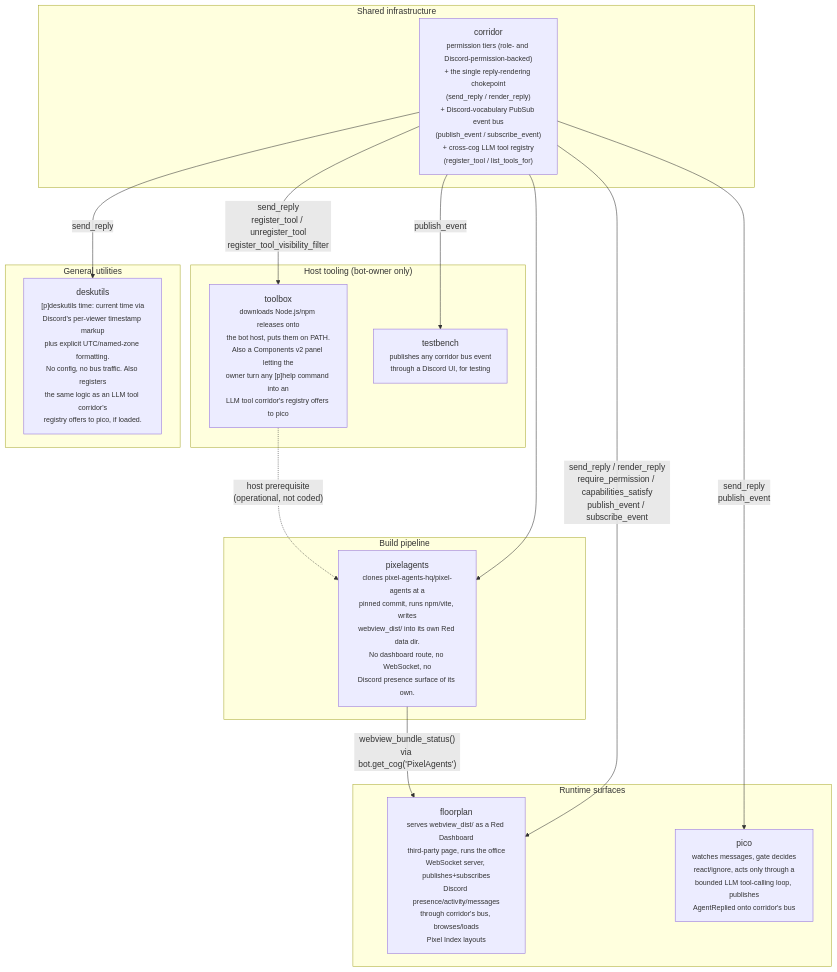
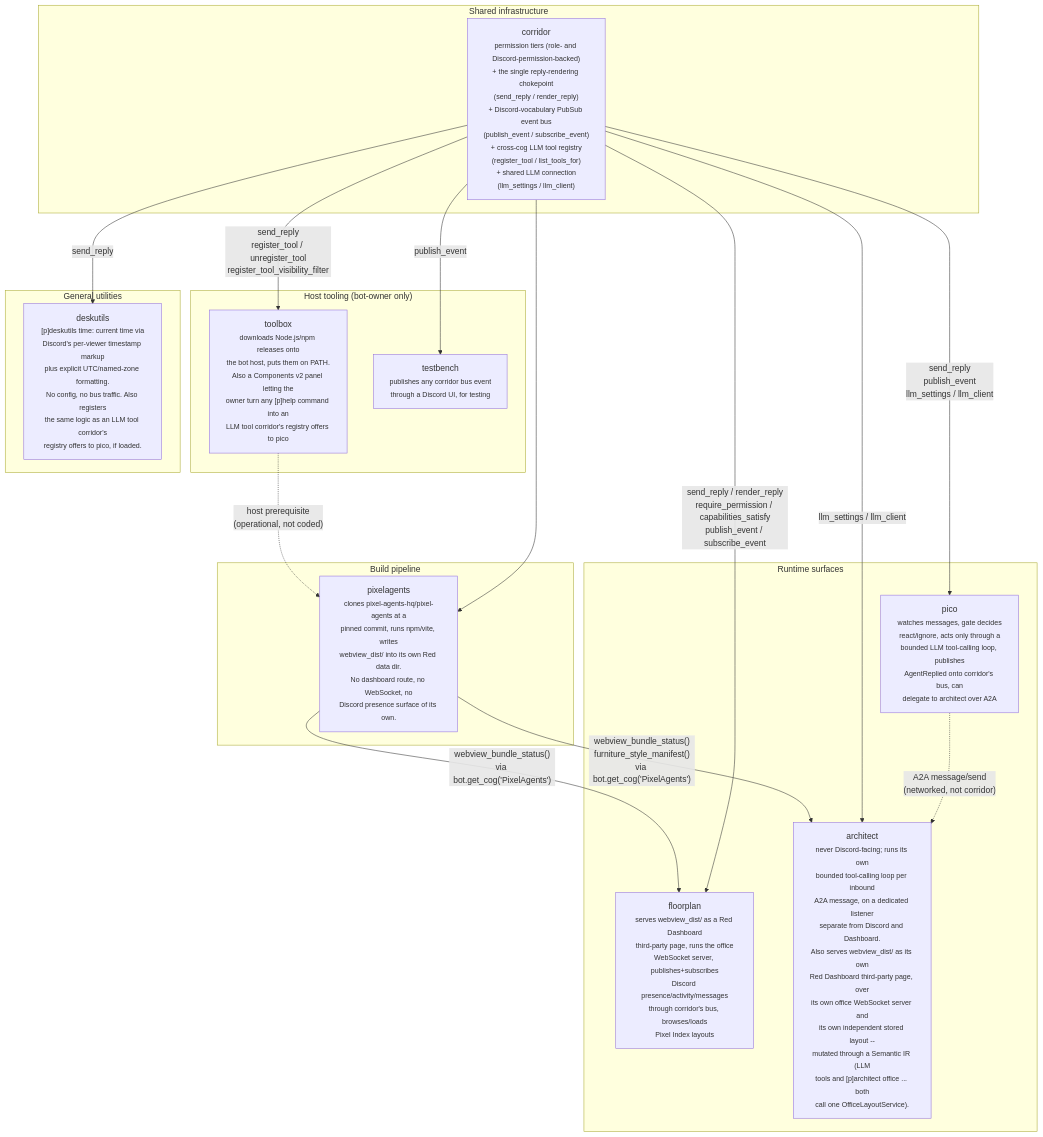
The second of 8 diagrams in docs/architecture.md (pixel-agents-hq/pixel-agents-cogs), drawn with Mermaid before and after one commit. The commit also changed other lines of this file and 106 other files, not shown here.

First line of the commit message:
feat(architect): add A2A-reachable architect cog with lossless office layout editing

````diff
--- a/docs/architecture.md
+++ b/docs/architecture.md
@@ -79,33 +99,37 @@
 ```mermaid
 flowchart TB
     subgraph shared["Shared infrastructure"]
-        corridor["corridor<br/><small>permission tiers (role- and Discord-permission-backed)<br/>+ the single reply-rendering chokepoint<br/>(send_reply / render_reply)<br/>+ Discord-vocabulary PubSub event bus<br/>(publish_event / subscribe_event)<br/>+ cross-cog LLM tool registry<br/>(register_tool / list_tools_for)</small>"]
+        corridor["corridor<br/><small>permission tiers (role- and Discord-permission-backed)<br/>+ the single reply-rendering chokepoint<br/>(send_reply / render_reply)<br/>+ Discord-vocabulary PubSub event bus<br/>(publish_event / subscribe_event)<br/>+ cross-cog LLM tool registry<br/>(register_tool / list_tools_for)<br/>+ shared LLM connection<br/>(llm_settings / llm_client)</small>"]
     end
 
     subgraph host["Host tooling (bot-owner only)"]
         toolbox["toolbox<br/><small>downloads Node.js/npm releases onto<br/>the bot host, puts them on PATH.<br/>Also a Components v2 panel letting the<br/>owner turn any [p]help command into an<br/>LLM tool corridor's registry offers to pico</small>"]
         testbench["testbench<br/><small>publishes any corridor bus event<br/>through a Discord UI, for testing</small>"]
     end
 
     subgraph build["Build pipeline"]
         pixelagents["pixelagents<br/><small>clones pixel-agents-hq/pixel-agents at a<br/>pinned commit, runs npm/vite, writes<br/>webview_dist/ into its own Red data dir.<br/>No dashboard route, no WebSocket, no<br/>Discord presence surface of its own.</small>"]
     end
 
     subgraph serve["Runtime surfaces"]
         floorplan["floorplan<br/><small>serves webview_dist/ as a Red Dashboard<br/>third-party page, runs the office<br/>WebSocket server, publishes+subscribes<br/>Discord presence/activity/messages<br/>through corridor's bus, browses/loads<br/>Pixel Index layouts</small>"]
-        pico["pico<br/><small>watches messages, gate decides<br/>react/ignore, acts only through a<br/>bounded LLM tool-calling loop, publishes<br/>AgentReplied onto corridor's bus</small>"]
+        pico["pico<br/><small>watches messages, gate decides<br/>react/ignore, acts only through a<br/>bounded LLM tool-calling loop, publishes<br/>AgentReplied onto corridor's bus, can<br/>delegate to architect over A2A</small>"]
+        architect["architect<br/><small>never Discord-facing; runs its own<br/>bounded tool-calling loop per inbound<br/>A2A message, on a dedicated listener<br/>separate from Discord and Dashboard.<br/>Also serves webview_dist/ as its own<br/>Red Dashboard third-party page, over<br/>its own office WebSocket server and<br/>its own independent stored layout --<br/>mutated through a Semantic IR (LLM<br/>tools and [p]architect office ... both<br/>call one OfficeLayoutService).</small>"]
     end
 
     subgraph utility["General utilities"]
         deskutils["deskutils<br/><small>[p]deskutils time: current time via<br/>Discord's per-viewer timestamp markup<br/>plus explicit UTC/named-zone formatting.<br/>No config, no bus traffic. Also registers<br/>the same logic as an LLM tool corridor's<br/>registry offers to pico, if loaded.</small>"]
     end
 
     toolbox -.->|"host prerequisite<br/>(operational, not coded)"| pixelagents
     pixelagents -->|"webview_bundle_status()<br/>via bot.get_cog('PixelAgents')"| floorplan
+    pixelagents -->|"webview_bundle_status()<br/>furniture_style_manifest()<br/>via bot.get_cog('PixelAgents')"| architect
     corridor -->|"send_reply / render_reply<br/>require_permission / capabilities_satisfy<br/>publish_event / subscribe_event"| floorplan
-    corridor -->|"send_reply<br/>publish_event"| pico
+    corridor -->|"send_reply<br/>publish_event<br/>llm_settings / llm_client"| pico
+    corridor -->|"llm_settings / llm_client"| architect
+    pico -.->|"A2A message/send<br/>(networked, not corridor)"| architect
     corridor --> pixelagents
     corridor -->|"send_reply<br/>register_tool / unregister_tool<br/>register_tool_visibility_filter"| toolbox
     corridor -->|publish_event| testbench
     corridor -->|send_reply| deskutils
 ```
````
